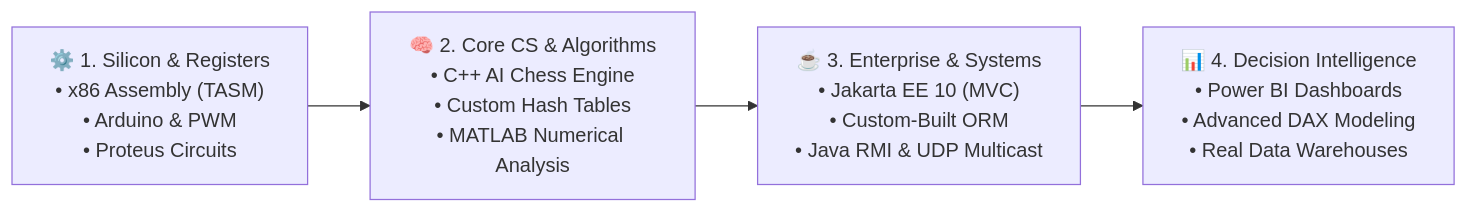
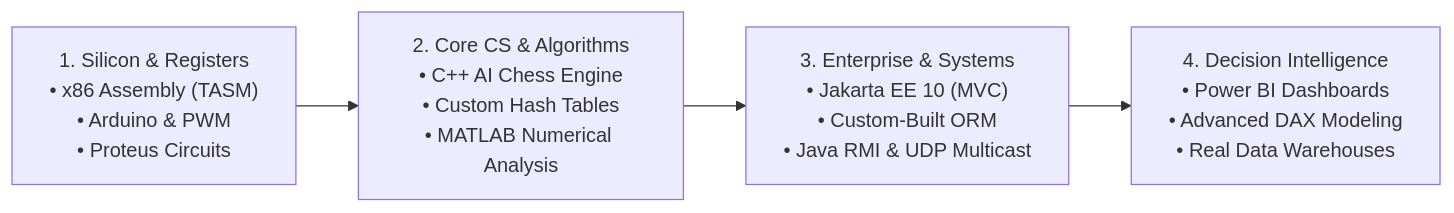
The diagram in README.md (MOUTAOUAKIL-Aya/MOUTAOUAKIL-Aya), drawn with Mermaid before and after one commit. The commit also changed other lines of this file, not shown here.

````diff
--- a/README.md
+++ b/README.md
@@ -60,6 +60,6 @@
 ```mermaid
 flowchart LR
-    A["⚙️ 1. Silicon & Registers<br>• x86 Assembly (TASM)<br>• Arduino & PWM<br>• Proteus Circuits"] --> B["🧠 2. Core CS & Algorithms<br>• C++ AI Chess Engine<br>• Custom Hash Tables<br>• MATLAB Numerical Analysis"]
-    B --> C["☕ 3. Enterprise & Systems<br>• Jakarta EE 10 (MVC)<br>• Custom-Built ORM<br>• Java RMI & UDP Multicast"]
-    C --> D["📊 4. Decision Intelligence<br>• Power BI Dashboards<br>• Advanced DAX Modeling<br>• Real Data Warehouses"]
+    A["1. Silicon & Registers<br>• x86 Assembly (TASM)<br>• Arduino & PWM<br>• Proteus Circuits"] --> B["2. Core CS & Algorithms<br>• C++ AI Chess Engine<br>• Custom Hash Tables<br>• MATLAB Numerical Analysis"]
+    B --> C["3. Enterprise & Systems<br>• Jakarta EE 10 (MVC)<br>• Custom-Built ORM<br>• Java RMI & UDP Multicast"]
+    C --> D["4. Decision Intelligence<br>• Power BI Dashboards<br>• Advanced DAX Modeling<br>• Real Data Warehouses"]
 ```
````
